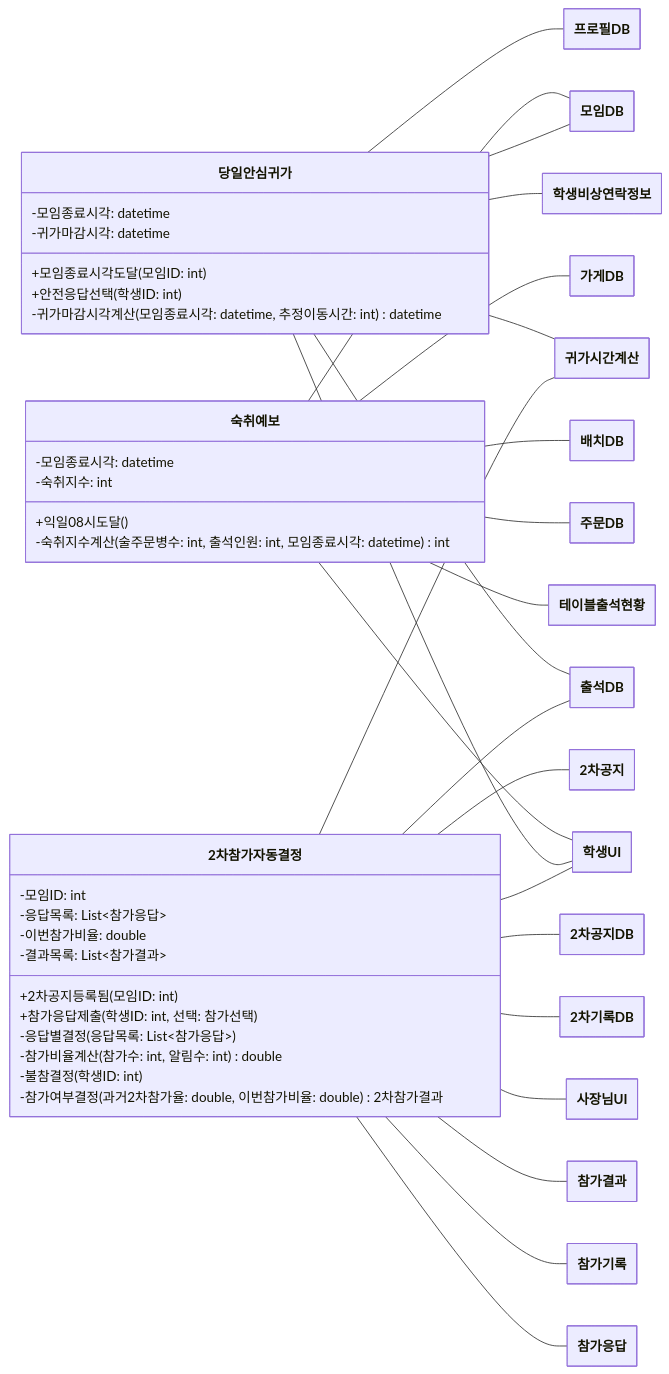
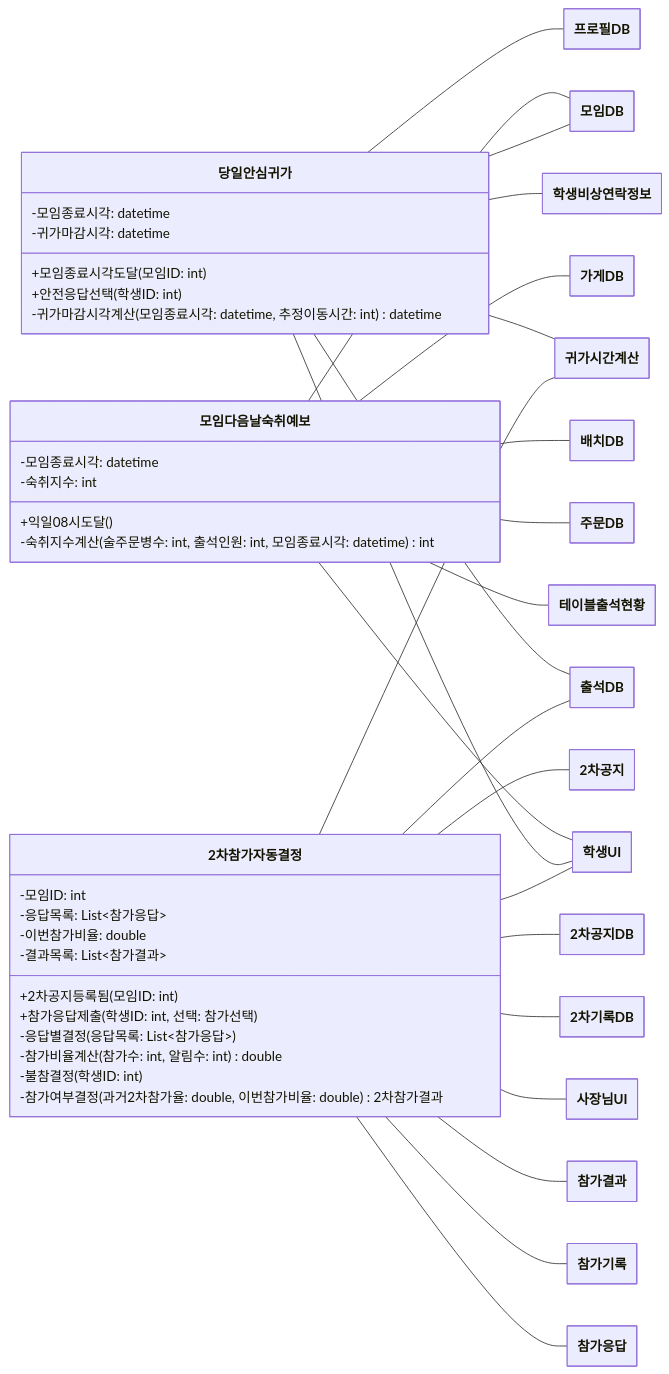
Before and after one commit to hojae3/sw-engineering-16: the seventh of 14 diagrams in class-diagram/class-diagram.md, drawn with Mermaid. The commit also changed other lines of this file and 42 other files, not shown here.

````diff
--- a/class-diagram/class-diagram.md
+++ b/class-diagram/class-diagram.md
@@ -556,73 +556,73 @@
 ```mermaid
 ---
 config:
   class:
     hideEmptyMembersBox: true
 ---
 classDiagram
     direction LR
     class SafeReturnHome["당일안심귀가"] {
         -모임종료시각: datetime
         -귀가마감시각: datetime
         +모임종료시각도달(모임ID: int)
         +안전응답선택(학생ID: int)
         -귀가마감시각계산(모임종료시각: datetime, 추정이동시간: int) datetime
     }
-    class HangoverForecast["숙취예보"] {
+    class HangoverForecast["모임다음날숙취예보"] {
         -모임종료시각: datetime
         -숙취지수: int
         +익일08시도달()
         -숙취지수계산(술주문병수: int, 출석인원: int, 모임종료시각: datetime) int
     }
     class SecondRoundAutoDecision["2차참가자동결정"] {
         -모임ID: int
         -응답목록: List~참가응답~
         -이번참가비율: double
         -결과목록: List~참가결과~
         +2차공지등록됨(모임ID: int)
         +참가응답제출(학생ID: int, 선택: 참가선택)
         -응답별결정(응답목록: List~참가응답~)
         -참가비율계산(참가수: int, 알림수: int) double
         -불참결정(학생ID: int)
         -참가여부결정(과거2차참가율: double, 이번참가비율: double) 2차참가결과
     }
     class SecondNotice["2차공지"]
     class SecondNoticeDB["2차공지DB"]
     class SecondRecordDB["2차기록DB"]
     class StoreDB["가게DB"]
     class ReturnHomeTimeCalc["귀가시간계산"]
     class MeetingDB["모임DB"]
     class ArrangementDB["배치DB"]
     class OwnerUI["사장님UI"]
     class OrderDB["주문DB"]
     class ParticipationResult["참가결과"]
     class ParticipationRecord["참가기록"]
     class ParticipationResponse["참가응답"]
     class AttendanceDB["출석DB"]
     class TableAttendanceStatus["테이블출석현황"]
     class ProfileDB["프로필DB"]
     class StudentUI["학생UI"]
     class StudentEmergencyContact["학생비상연락정보"]
     SecondRoundAutoDecision -- SecondNotice
     SecondRoundAutoDecision -- SecondNoticeDB
     SecondRoundAutoDecision -- SecondRecordDB
     SecondRoundAutoDecision -- ReturnHomeTimeCalc
     SecondRoundAutoDecision -- OwnerUI
     SecondRoundAutoDecision -- ParticipationResult
     SecondRoundAutoDecision -- ParticipationRecord
     SecondRoundAutoDecision -- ParticipationResponse
     SecondRoundAutoDecision -- AttendanceDB
     SecondRoundAutoDecision -- StudentUI
     HangoverForecast -- StoreDB
     SafeReturnHome -- ReturnHomeTimeCalc
     SafeReturnHome -- MeetingDB
     SafeReturnHome -- AttendanceDB
     SafeReturnHome -- ProfileDB
     SafeReturnHome -- StudentUI
     SafeReturnHome -- StudentEmergencyContact
     HangoverForecast -- MeetingDB
     HangoverForecast -- ArrangementDB
     HangoverForecast -- OrderDB
     HangoverForecast -- TableAttendanceStatus
     HangoverForecast -- StudentUI
 ```
````
